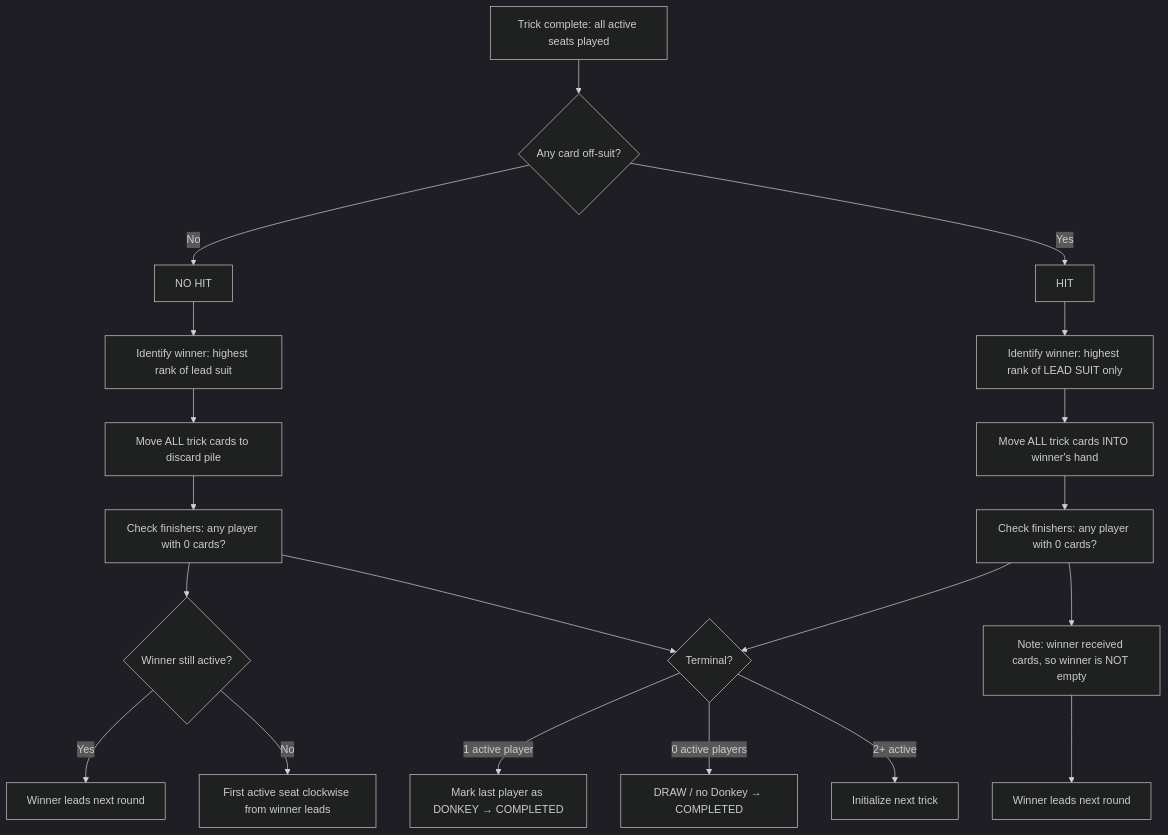
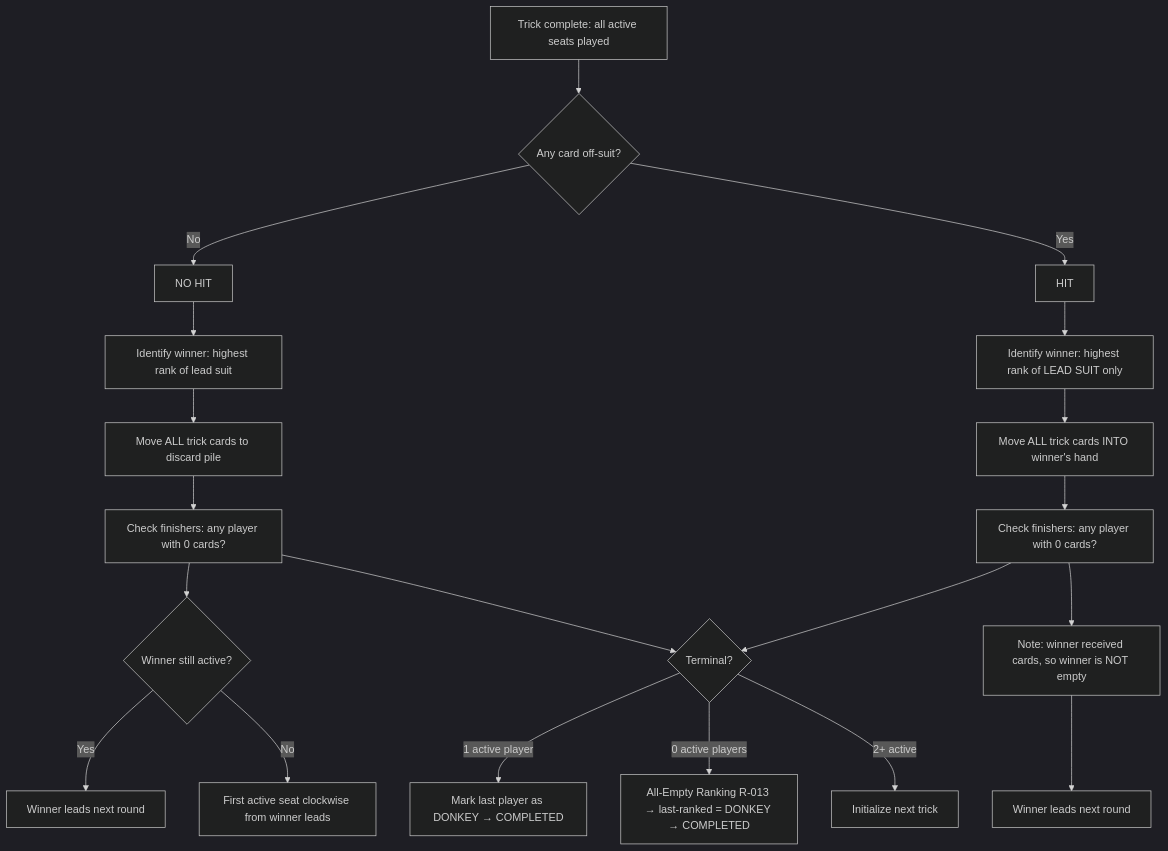
One commit to vishnumkumar/donkey-multiplayer changed the sixth of 10 diagrams in docs/04-game-state-machine.md. Above: the diagram before and after it, drawn with Mermaid (dark theme). The commit also changed other lines of this file and 8 other files, not shown here.

First line of the commit message:
Record owner approval of D06/R-013: all-empty clockwise ranking with Donkey

````diff
--- a/docs/04-game-state-machine.md
+++ b/docs/04-game-state-machine.md
@@ -383,25 +386,25 @@
 ```mermaid
 flowchart TD
     A[Trick complete: all active seats played] --> B{Any card off-suit?}
 
     B -- No --> C[NO HIT]
     C --> C1[Identify winner: highest rank of lead suit]
     C1 --> C2[Move ALL trick cards to discard pile]
     C2 --> C3[Check finishers: any player with 0 cards?]
     C3 --> C4{Winner still active?}
     C4 -- Yes --> C5[Winner leads next round]
     C4 -- No --> C6[First active seat clockwise from winner leads]
 
     B -- Yes --> D[HIT]
     D --> D1[Identify winner: highest rank of LEAD SUIT only]
     D1 --> D2[Move ALL trick cards INTO winner's hand]
     D2 --> D3[Check finishers: any player with 0 cards?]
     D3 --> D4[Note: winner received cards, so winner is NOT empty]
     D4 --> D5[Winner leads next round]
 
     C3 --> T{Terminal?}
     D3 --> T
     T -- 1 active player --> DONKEY[Mark last player as DONKEY → COMPLETED]
-    T -- 0 active players --> DRAW[DRAW / no Donkey → COMPLETED]
+    T -- 0 active players --> ALLEMPTY[All-Empty Ranking R-013 → last-ranked = DONKEY → COMPLETED]
     T -- 2+ active --> CONTINUE[Initialize next trick]
 ```
````
